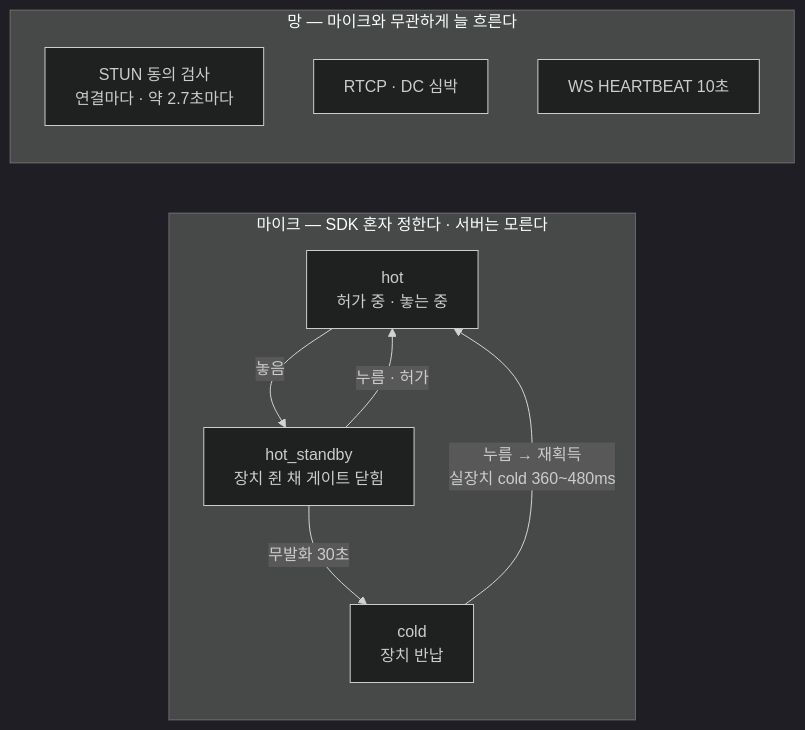
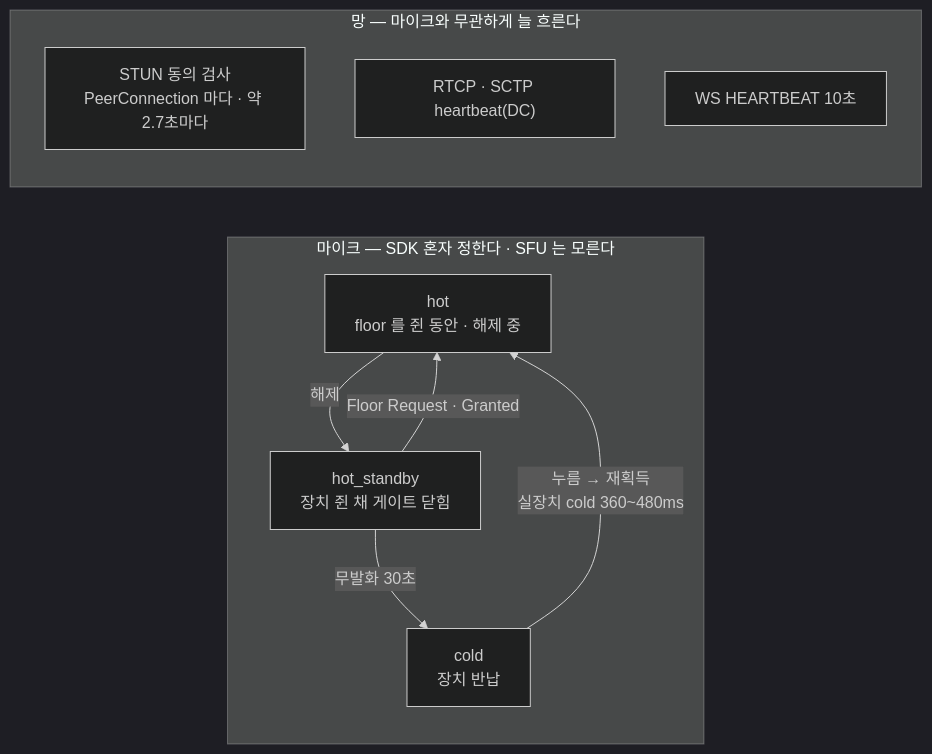
Before and after one commit to kodeholic9/oxlens-sfu: the first of 4 diagrams in docs/learn/09_MIC_COST.md, drawn with Mermaid (dark theme). The commit also changed other lines of this file and 19 other files, not shown here.

````diff
--- a/docs/learn/09_MIC_COST.md
+++ b/docs/learn/09_MIC_COST.md
@@ -9,14 +9,14 @@
 ```mermaid
 flowchart LR
-  subgraph MIC["마이크 — SDK 혼자 정한다 · 서버는 모른다"]
-    HOT["hot<br/>허가 중 · 놓는 중"] -- "놓음" --> SB["hot_standby<br/>장치 쥔 채 게이트 닫힘"]
-    SB -- "누름 · 허가" --> HOT
+  subgraph MIC["마이크 — SDK 혼자 정한다 · SFU 는 모른다"]
+    HOT["hot<br/>floor 를 쥔 동안 · 해제 중"] -- "해제" --> SB["hot_standby<br/>장치 쥔 채 게이트 닫힘"]
+    SB -- "Floor Request · Granted" --> HOT
     SB -- "무발화 30초" --> COLD["cold<br/>장치 반납"]
     COLD -- "누름 → 재획득<br/>실장치 cold 360~480ms" --> HOT
   end
   subgraph NET["망 — 마이크와 무관하게 늘 흐른다"]
-    STUN["STUN 동의 검사<br/>연결마다 · 약 2.7초마다"]
-    PAY["RTCP · DC 심박"]
+    STUN["STUN 동의 검사<br/>PeerConnection 마다 · 약 2.7초마다"]
+    PAY["RTCP · SCTP heartbeat(DC)"]
     WS["WS HEARTBEAT 10초"]
   end
 ```
````
